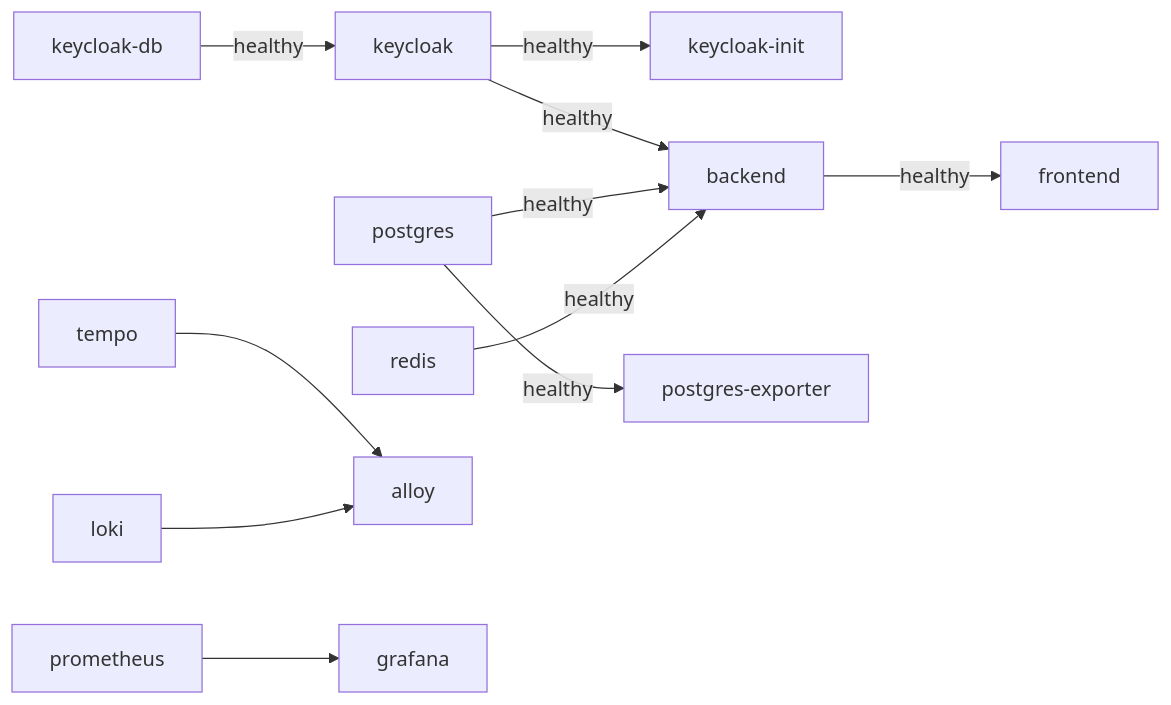
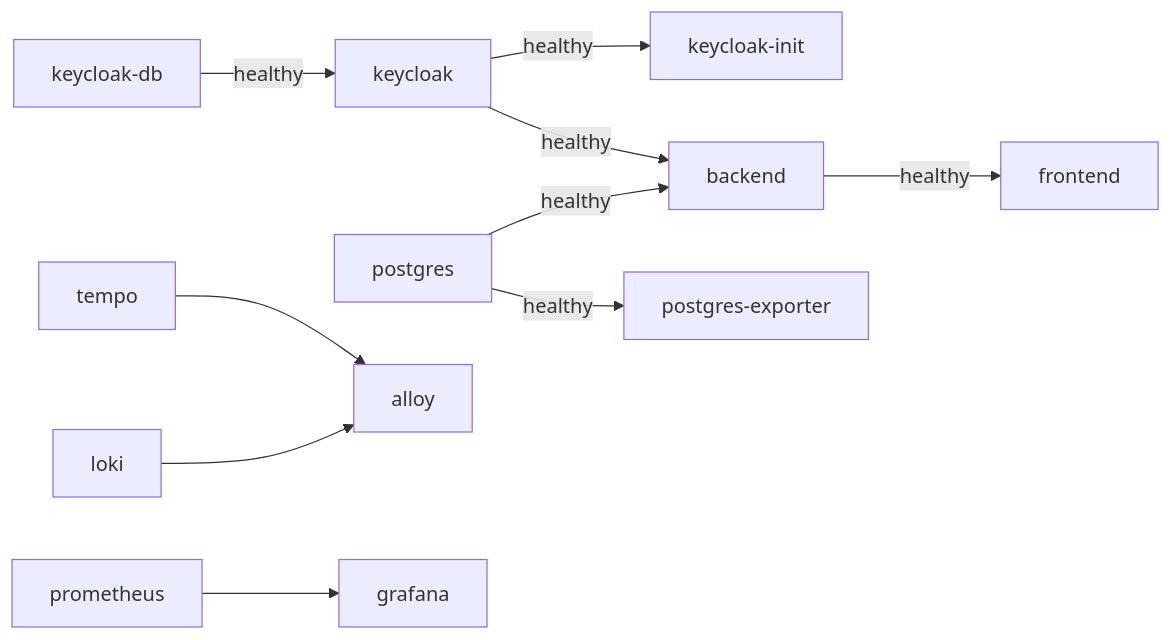
Before and after one commit to Gameoversv/Sistema-de-Gestion-de-Inventarios-Empresarial: the second of 5 diagrams in docs/arquitectura/vista-de-componentes.md, drawn with Mermaid. The commit also changed other lines of this file and 19 other files, not shown here.

````diff
--- a/docs/arquitectura/vista-de-componentes.md
+++ b/docs/arquitectura/vista-de-componentes.md
@@ -91,13 +88,12 @@
 ```mermaid
 graph LR
     KCDB["keycloak-db"] -->|healthy| KC["keycloak"]
     KC -->|healthy| KCI["keycloak-init"]
     KC -->|healthy| BE["backend"]
     PG["postgres"] -->|healthy| BE
-    RD["redis"] -->|healthy| BE
     BE -->|healthy| FE["frontend"]
     PG -->|healthy| PE["postgres-exporter"]
     TE["tempo"] --> AL["alloy"]
     LO["loki"] --> AL
     PR["prometheus"] --> GR["grafana"]
 ```
````
